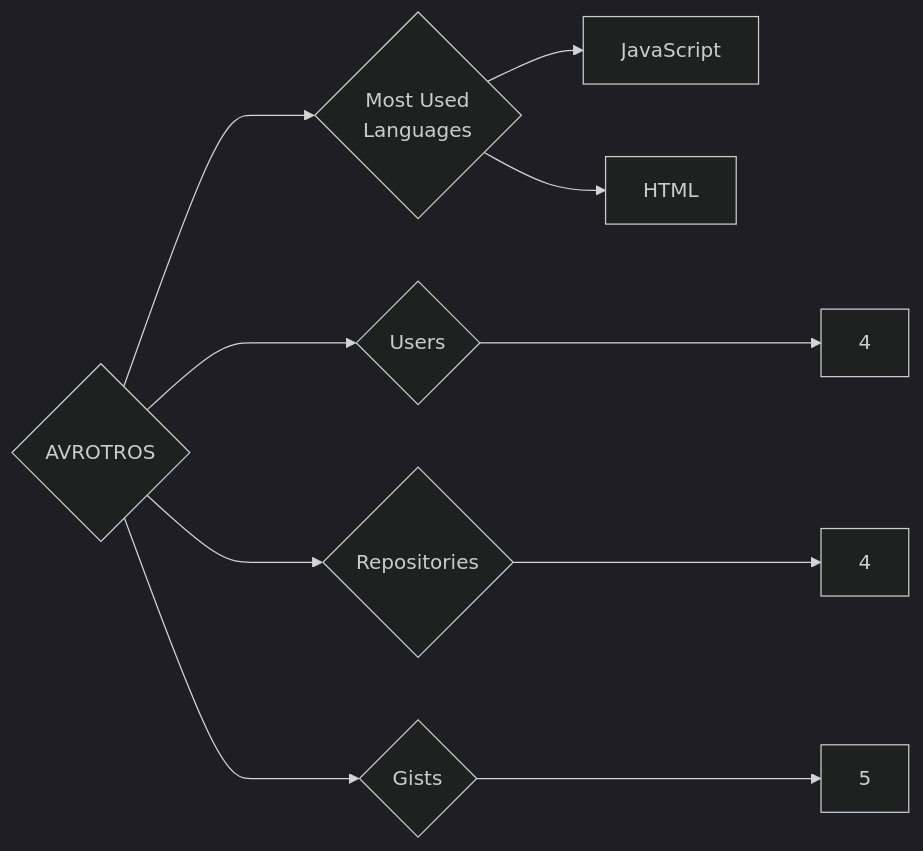
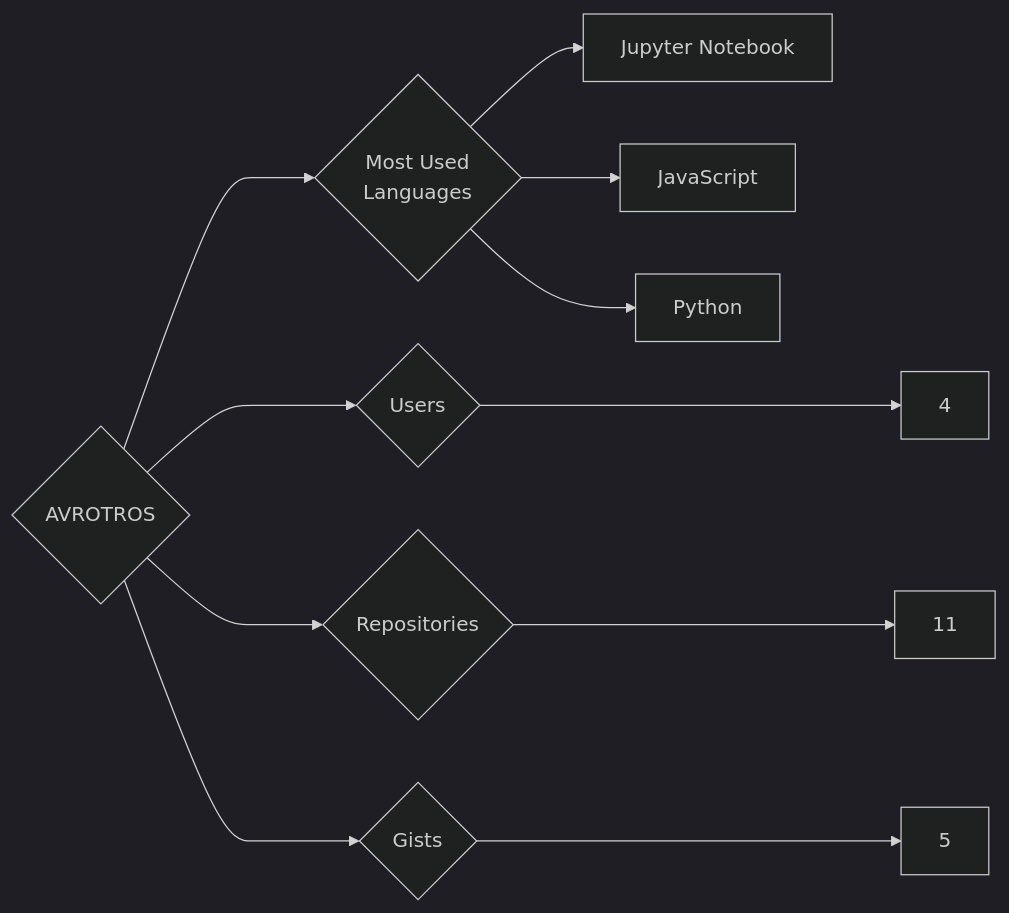
Before and after one commit to trickest/insiders: the diagram in targets/AVROTROS/README.md, drawn with Mermaid (dark theme). The commit also changed 914 other files, not shown here.

````diff
--- a/targets/AVROTROS/README.md
+++ b/targets/AVROTROS/README.md
@@ -3,10 +3,11 @@
 ```mermaid
 graph LR
 COMPANY_NAME{AVROTROS}
 COMPANY_NAME ---> U{Users} ---> UN[4]
-COMPANY_NAME ---> R{Repositories} ---> RN[4]
+COMPANY_NAME ---> R{Repositories} ---> RN[11]
 COMPANY_NAME ---> G{Gists} ---> GN[5]
 COMPANY_NAME ---> ML{Most Used<br>Languages}
+ML --> Jupyter_Notebook[Jupyter Notebook]
 ML --> JavaScript[JavaScript]
-ML --> HTML[HTML]
+ML --> Python[Python]
 ```
````
